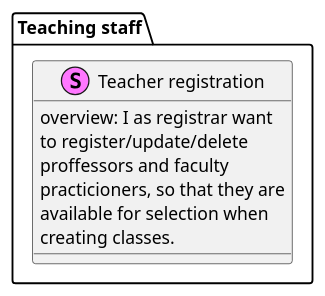
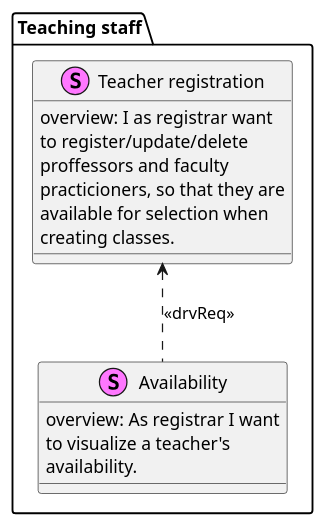
One commit to zrock-dev-backup/kawsay changed the diagram in resources/requirements-diagram/teacher-management.puml. Above: the diagram before and after it, drawn with PlantUML. The commit also changed 2 other files, not shown here.

```diff
--- a/resources/requirements-diagram/teacher-management.puml
+++ b/resources/requirements-diagram/teacher-management.puml
@@ -1,13 +1,17 @@
 @startuml
 skinparam wrapwidth 200
 skinparam defaultFontName Helvetica
 
 skinparam class {
     BackgroundColor<<Requirement>> Beige
 }
 package "Teaching staff" {
+    stereotype "Availability" AS availability {
+        {field} overview: As registrar I want to visualize a teacher's availability.
+    }
     stereotype "Teacher registration" AS teach_mgmt {
         {field} overview: I as registrar want to register/update/delete proffessors and faculty practicioners, so that they are available for selection when creating classes.
     }
+	teach_mgmt <.. availability: <<drvReq>>
 }
 @enduml
```
